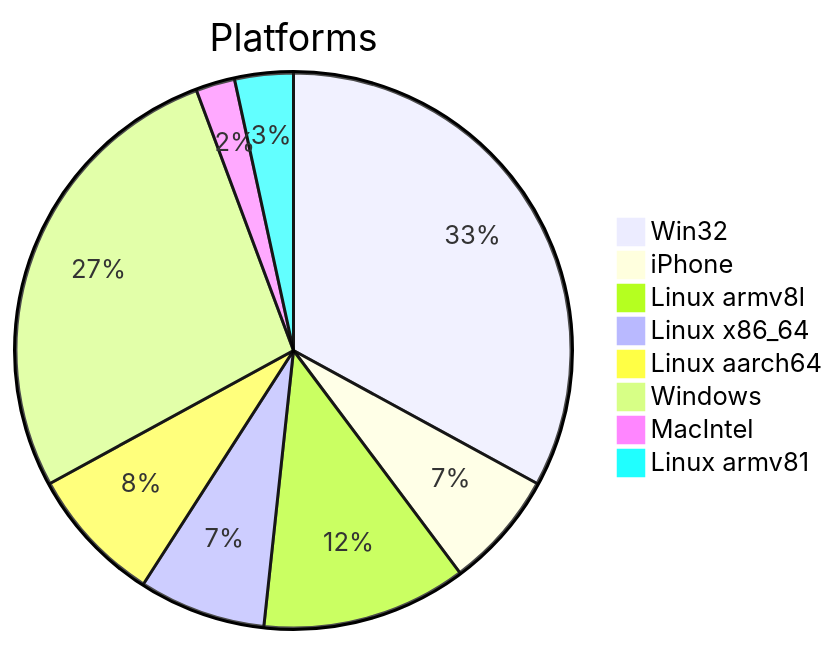
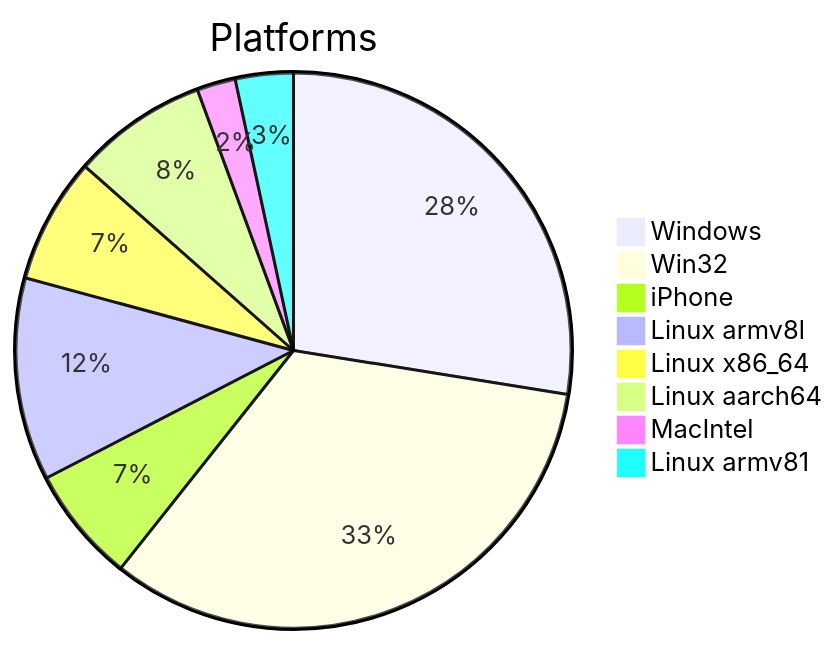
The first of 2 diagrams in DATA_REPORT.md (Krugou/socials), drawn with Mermaid before and after one commit. The commit also changed other lines of this file and 2 other files, not shown here.

````diff
--- a/DATA_REPORT.md
+++ b/DATA_REPORT.md
@@ -9,11 +9,11 @@
 ```mermaid
 pie title Platforms
-    "Win32" : 58
+    "Windows" : 49
+    "Win32" : 59
     "iPhone" : 12
     "Linux armv8l" : 21
     "Linux x86_64" : 13
     "Linux aarch64" : 14
-    "Windows" : 48
     "MacIntel" : 4
     "Linux armv81" : 6
 ```
````
